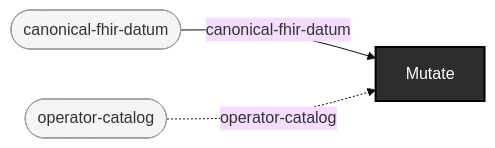
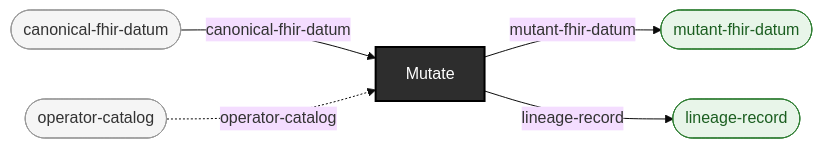
One commit to pragsmike/ehr-testing-tools changed the diagram in docs/use-cases/generate-controlled-fault-data.md. Above: the diagram before and after it, drawn with Mermaid (base theme). The commit also changed 21 other files, not shown here.

First line of the commit message:
docs: regenerate use-case pages and pipeline diagram with result nodes (mechanical, zero hand edits)

````diff
--- a/docs/use-cases/generate-controlled-fault-data.md
+++ b/docs/use-cases/generate-controlled-fault-data.md
@@ -52,24 +52,34 @@
 ```mermaid
 flowchart LR
 
     %% --- Source types (raw inputs, not produced by any operation) ---
     canonical_fhir_datum(["canonical-fhir-datum"])
     operator_catalog(["operator-catalog"])
 
     %% --- Operations (boxes; spiders use distinct shapes) ---
     Mutate["Mutate"]
 
+    %% --- Result types (terminal outputs) ---
+    lineage_record_out(["lineage-record"])
+    mutant_fhir_datum_out(["mutant-fhir-datum"])
+
     %% --- Wires (typed connections) ---
     %% Arrow 1: Mutate
     canonical_fhir_datum -- canonical-fhir-datum --> Mutate
     operator_catalog -. operator-catalog .-> Mutate
+    Mutate -- "mutant-fhir-datum" --> mutant_fhir_datum_out
+    Mutate -- "lineage-record" --> lineage_record_out
 
     %% --- Styling ---
 
     %% Operations: dark boxes (fan=blue, funnel=green, enrichment=outlined, gate=purple, external=dashed)
     style Mutate fill:#2d2d2d,stroke:#000,color:#fff,stroke-width:2px
 
     %% Source types: light rounded
     style canonical_fhir_datum fill:#f5f5f5,stroke:#999,color:#333
     style operator_catalog fill:#f5f5f5,stroke:#999,color:#333
+
+    %% Result types (terminal outputs): green rounded
+    style lineage_record_out fill:#e8f5e9,stroke:#2e7d32,color:#1b5e20
+    style mutant_fhir_datum_out fill:#e8f5e9,stroke:#2e7d32,color:#1b5e20
 ```
````
